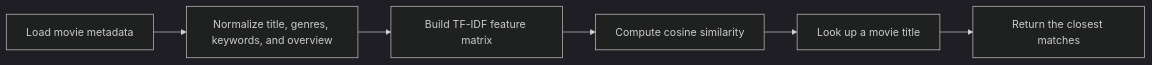
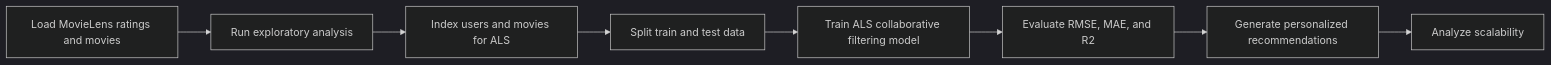
One commit to Lazy-Master/ALS-SPARK-MOVIE-RECOMMENDATION-SYSTEM changed the diagram in README.md. Above: the diagram before and after it, drawn with Mermaid (dark theme). The commit also changed other lines of this file, not shown here.

Commit message:
Rewrite README around ALS Spark notebook workflow

````diff
--- a/README.md
+++ b/README.md
@@ -18,8 +21,10 @@
 ```mermaid
 flowchart LR
-    A["Load movie metadata"] --> B["Normalize title, genres, keywords, and overview"]
-    B --> C["Build TF-IDF feature matrix"]
-    C --> D["Compute cosine similarity"]
-    D --> E["Look up a movie title"]
-    E --> F["Return the closest matches"]
+    A["Load MovieLens ratings and movies"] --> B["Run exploratory analysis"]
+    B --> C["Index users and movies for ALS"]
+    C --> D["Split train and test data"]
+    D --> E["Train ALS collaborative filtering model"]
+    E --> F["Evaluate RMSE, MAE, and R2"]
+    F --> G["Generate personalized recommendations"]
+    G --> H["Analyze scalability"]
 ```
````
